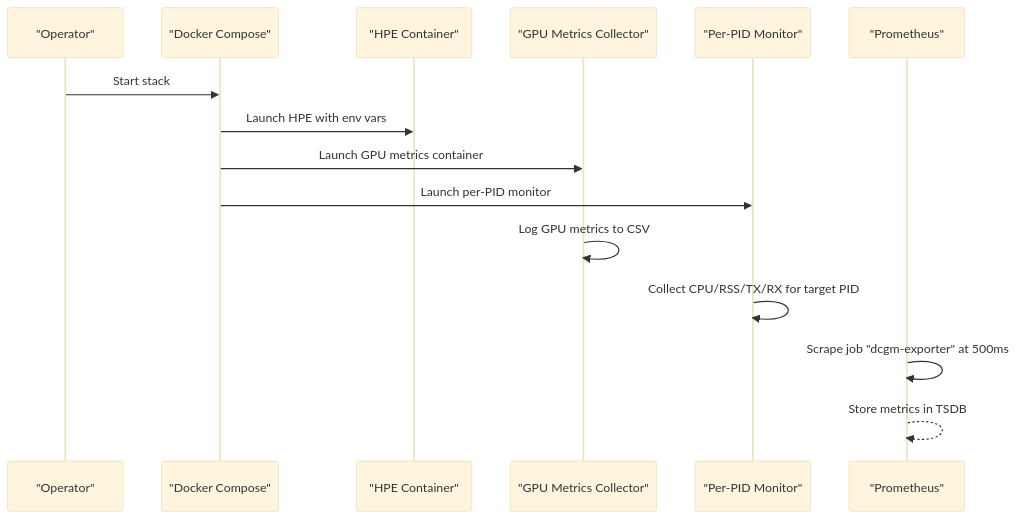
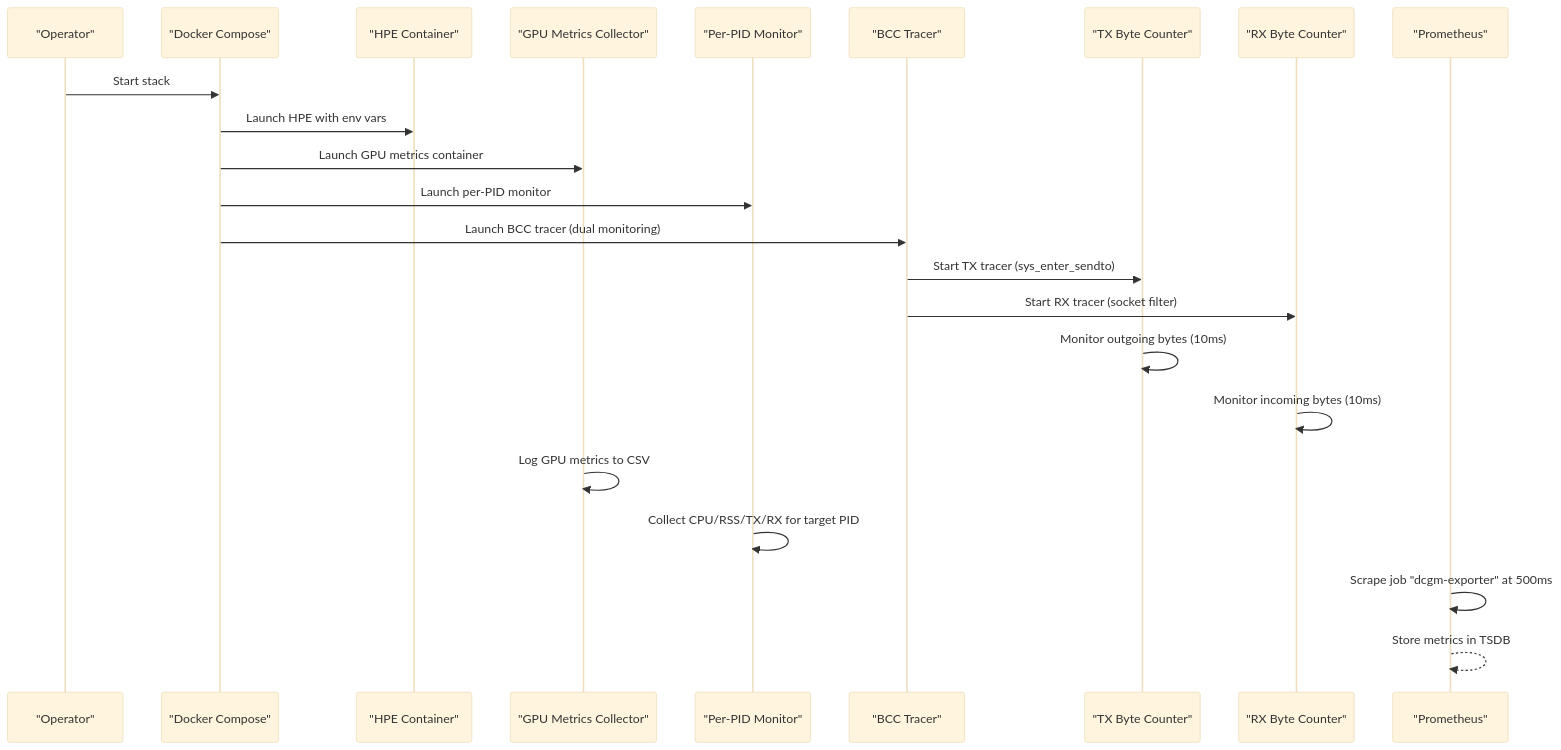
The second of 8 diagrams in .qoder/repowiki/en/content/Monitoring and Analytics/Metrics Collection.md (Fogus-Gr/MeasurementsDTs), drawn with Mermaid (base theme) before and after one commit. The commit also changed other lines of this file and 14 other files, not shown here.

````diff
--- a/.qoder/repowiki/en/content/Monitoring and Analytics/Metrics Collection.md
+++ b/.qoder/repowiki/en/content/Monitoring and Analytics/Metrics Collection.md
@@ -95,17 +127,25 @@
 ```mermaid
 sequenceDiagram
 participant User as "Operator"
 participant DC as "Docker Compose"
 participant HPE as "HPE Container"
 participant GM as "GPU Metrics Collector"
 participant PM as "Per-PID Monitor"
+participant BT as "BCC Tracer"
+participant TX as "TX Byte Counter"
+participant RX as "RX Byte Counter"
 participant PR as "Prometheus"
 User->>DC : Start stack
 DC->>HPE : Launch HPE with env vars
 DC->>GM : Launch GPU metrics container
 DC->>PM : Launch per-PID monitor
+DC->>BT : Launch BCC tracer (dual monitoring)
+BT->>TX : Start TX tracer (sys_enter_sendto)
+BT->>RX : Start RX tracer (socket filter)
+TX->>TX : Monitor outgoing bytes (10ms)
+RX->>RX : Monitor incoming bytes (10ms)
 GM->>GM : Log GPU metrics to CSV
 PM->>PM : Collect CPU/RSS/TX/RX for target PID
 PR->>PR : Scrape job "dcgm-exporter" at 500ms
 PR-->>PR : Store metrics in TSDB
 ```
````
